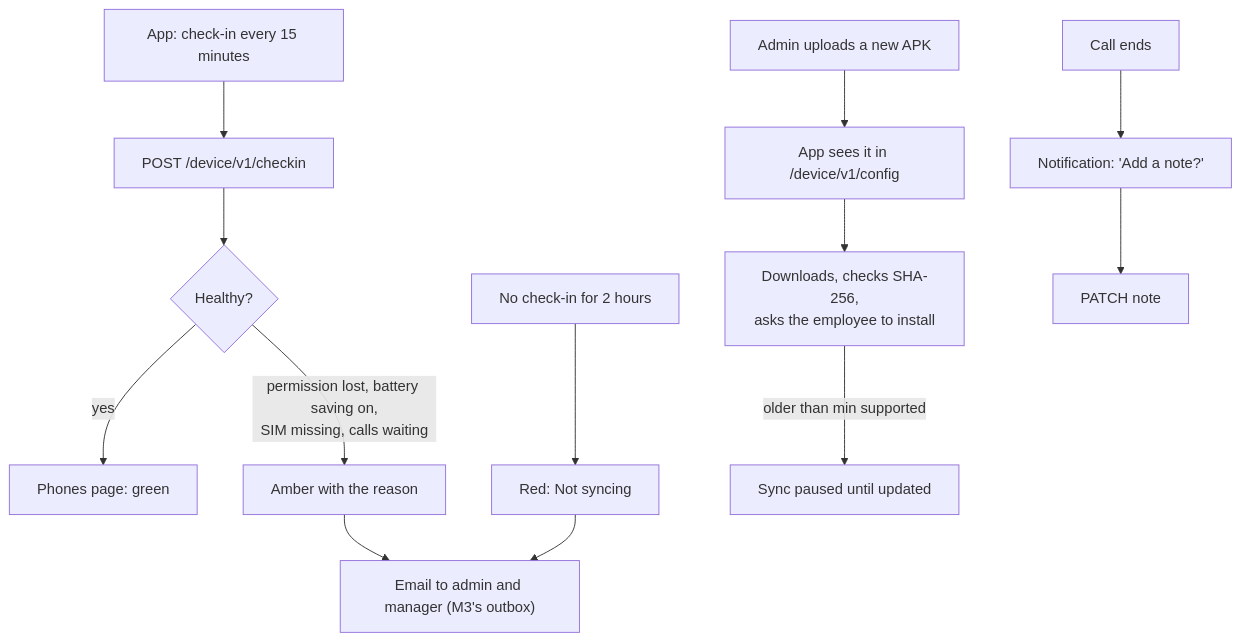
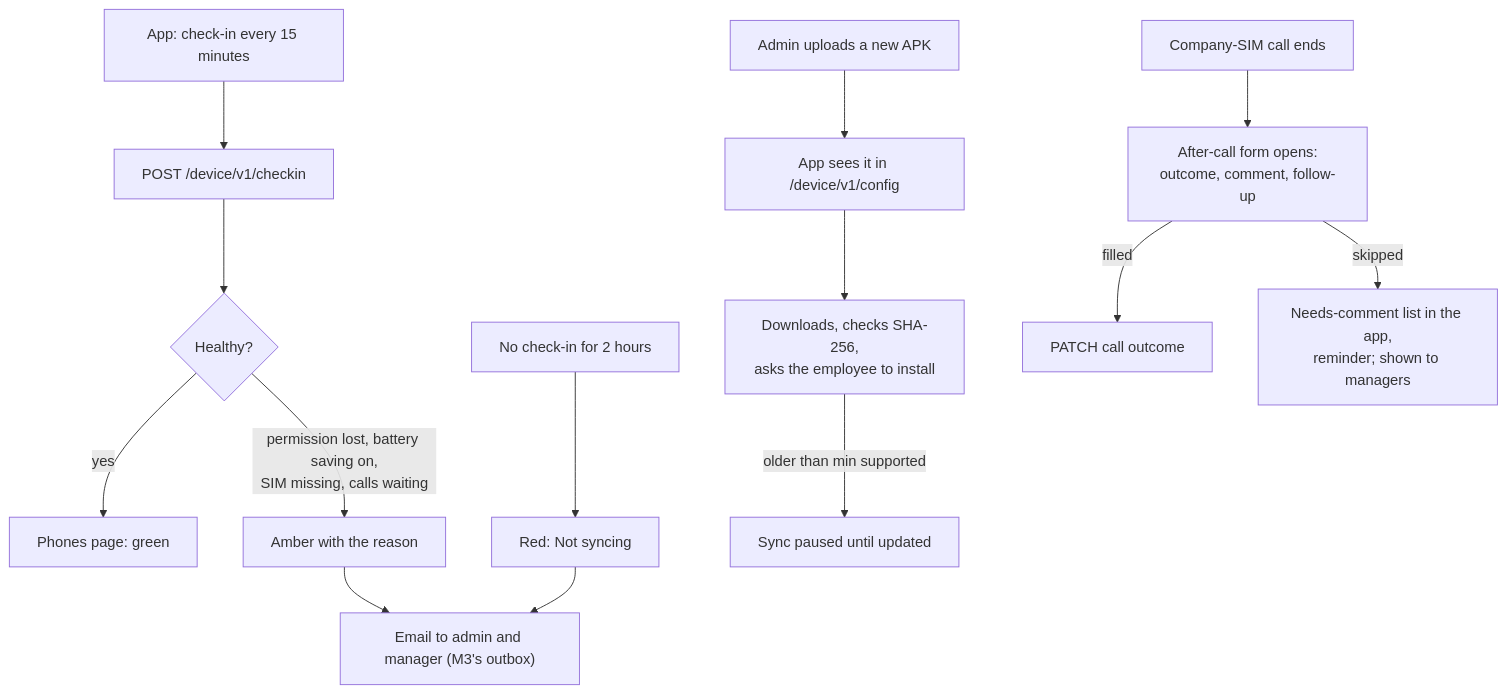
The diagram in docs/milestones/m4-phone-health-and-updates/spec.md (reaplift/reaplift-call-tracker), drawn with Mermaid before and after one commit. The commit also changed other lines of this file and 13 other files, not shown here.

````diff
--- a/docs/milestones/m4-phone-health-and-updates/spec.md
+++ b/docs/milestones/m4-phone-health-and-updates/spec.md
@@ -14,15 +14,16 @@
 ```mermaid
 flowchart TD
   A["App: check-in every 15 minutes"] --> B["POST /device/v1/checkin"]
   B --> C{"Healthy?"}
   C -- "yes" --> D["Phones page: green"]
   C -- "permission lost, battery saving on,<br/>SIM missing, calls waiting" --> E["Amber with the reason"]
   F["No check-in for 2 hours"] --> G["Red: Not syncing"]
   E --> H["Email to admin and manager (M3's outbox)"]
   G --> H
   I["Admin uploads a new APK"] --> J["App sees it in /device/v1/config"]
   J --> K["Downloads, checks SHA-256,<br/>asks the employee to install"]
   K -- "older than min supported" --> L["Sync paused until updated"]
-  M["Call ends"] --> N["Notification: 'Add a note?'"]
-  N --> O["PATCH note"]
+  M["Company-SIM call ends"] --> N["After-call form opens:<br/>outcome, comment, follow-up"]
+  N -- "filled" --> O["PATCH call outcome"]
+  N -- "skipped" --> P["Needs-comment list in the app,<br/>reminder; shown to managers"]
 ```
````
